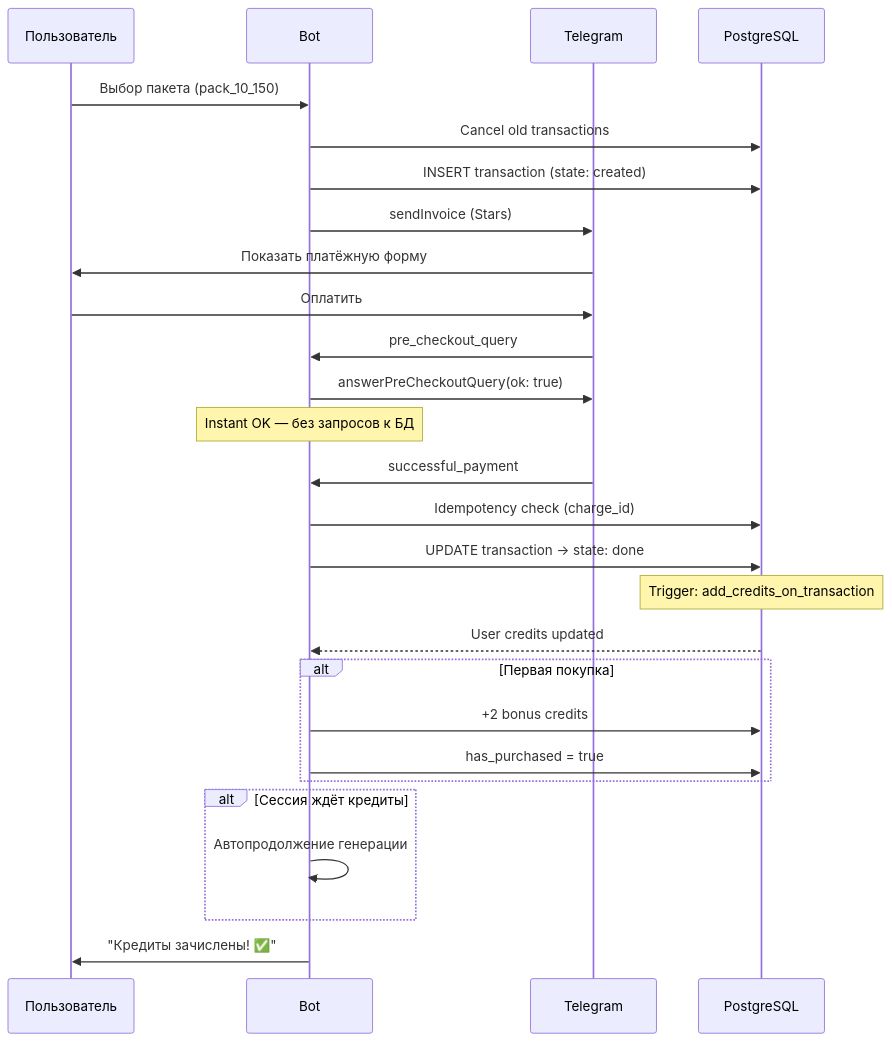
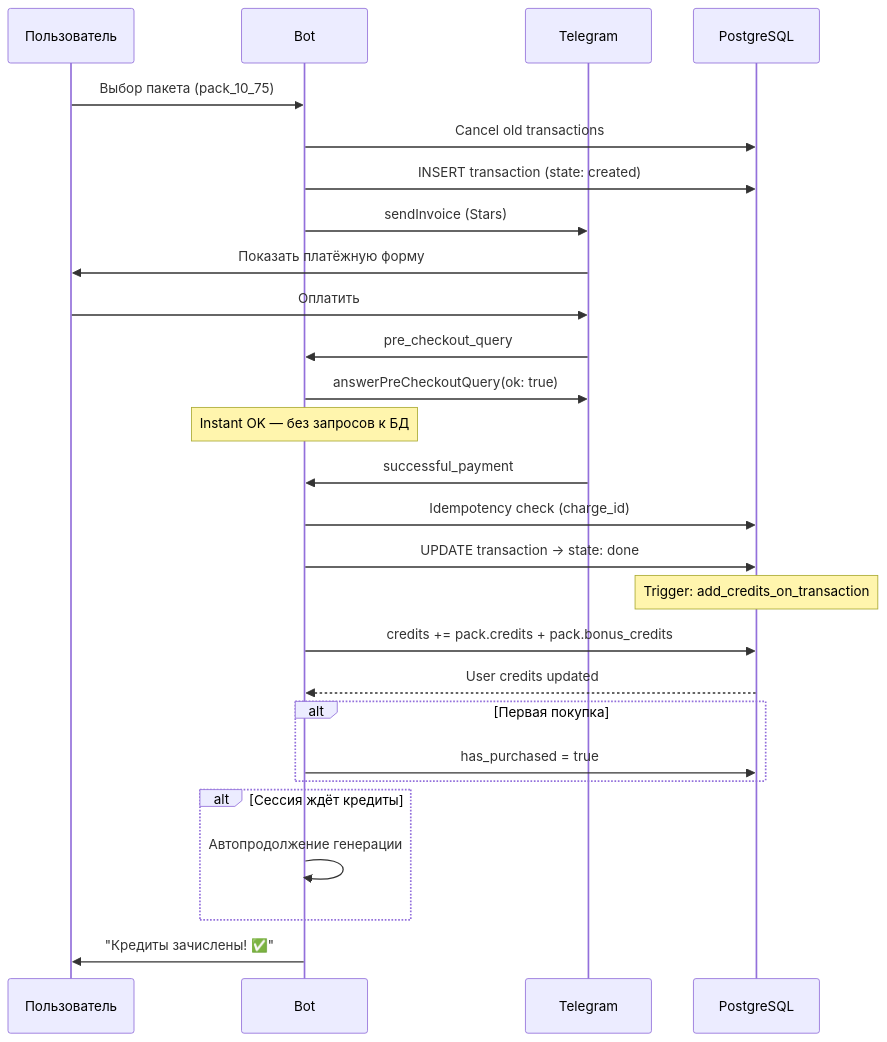
One commit to mazarov/https-github.com-mazarov-photo2sticker-bot changed the first of 2 diagrams in docs/architecture/05-payment.md. Above: the diagram before and after it, drawn with Mermaid. The commit also changed other lines of this file and 2 other files, not shown here.

First line of the commit message:
feat(payment): ship credit packs v2 and bonus credits flow

````diff
--- a/docs/architecture/05-payment.md
+++ b/docs/architecture/05-payment.md
@@ -18,35 +65,35 @@
 ```mermaid
 sequenceDiagram
     participant U as Пользователь
     participant BOT as Bot
     participant TG as Telegram
     participant DB as PostgreSQL
 
-    U->>BOT: Выбор пакета (pack_10_150)
+    U->>BOT: Выбор пакета (pack_10_75)
     BOT->>DB: Cancel old transactions
     BOT->>DB: INSERT transaction (state: created)
     BOT->>TG: sendInvoice (Stars)
     TG->>U: Показать платёжную форму
 
     U->>TG: Оплатить
     TG->>BOT: pre_checkout_query
     BOT->>TG: answerPreCheckoutQuery(ok: true)
     Note over BOT: Instant OK — без запросов к БД
 
     TG->>BOT: successful_payment
     BOT->>DB: Idempotency check (charge_id)
     BOT->>DB: UPDATE transaction → state: done
     Note over DB: Trigger: add_credits_on_transaction
+    BOT->>DB: credits += pack.credits + pack.bonus_credits
     DB-->>BOT: User credits updated
 
     alt Первая покупка
-        BOT->>DB: +2 bonus credits
         BOT->>DB: has_purchased = true
     end
 
     alt Сессия ждёт кредиты
         BOT->>BOT: Автопродолжение генерации
     end
 
     BOT->>U: "Кредиты зачислены! ✅"
 ```
````
